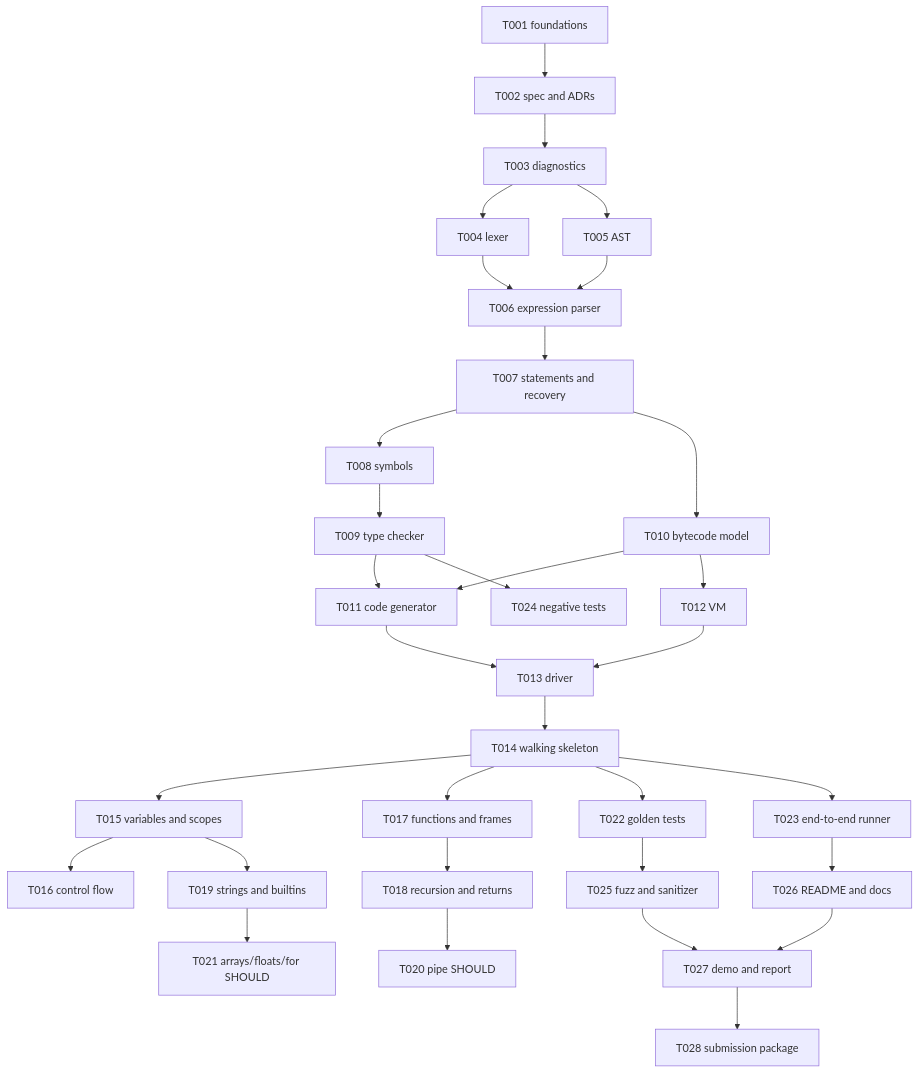
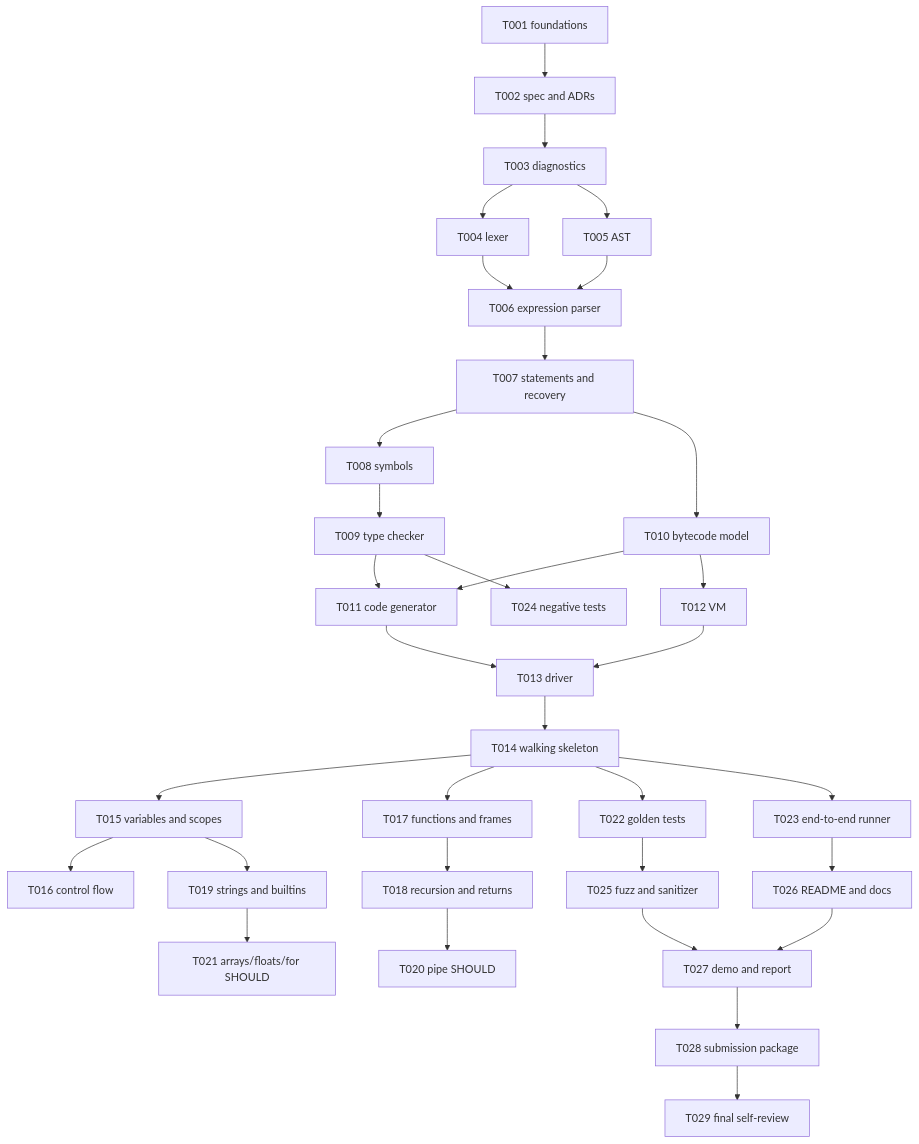
Before and after one commit to f4zzie/CompilerLanguage: the diagram in docs/milestones.md, drawn with Mermaid. The commit also changed 16 other files, not shown here.

Commit message:
docs: complete final self-review

````diff
--- a/docs/milestones.md
+++ b/docs/milestones.md
@@ -22,34 +22,35 @@
 ```mermaid
 graph TD
   T001[T001 foundations] --> T002[T002 spec and ADRs]
   T002 --> T003[T003 diagnostics]
   T003 --> T004[T004 lexer]
   T003 --> T005[T005 AST]
   T004 --> T006[T006 expression parser]
   T005 --> T006
   T006 --> T007[T007 statements and recovery]
   T007 --> T008[T008 symbols]
   T008 --> T009[T009 type checker]
   T007 --> T010[T010 bytecode model]
   T009 --> T011[T011 code generator]
   T010 --> T011
   T010 --> T012[T012 VM]
   T011 --> T013[T013 driver]
   T012 --> T013
   T013 --> T014[T014 walking skeleton]
   T014 --> T015[T015 variables and scopes]
   T015 --> T016[T016 control flow]
   T014 --> T017[T017 functions and frames]
   T017 --> T018[T018 recursion and returns]
   T015 --> T019[T019 strings and builtins]
   T018 --> T020[T020 pipe SHOULD]
   T019 --> T021[T021 arrays/floats/for SHOULD]
   T014 --> T022[T022 golden tests]
   T014 --> T023[T023 end-to-end runner]
   T009 --> T024[T024 negative tests]
   T022 --> T025[T025 fuzz and sanitizer]
   T023 --> T026[T026 README and docs]
   T025 --> T027[T027 demo and report]
   T026 --> T027
-  T027 --> T028[T028 submission package]
+   T027 --> T028[T028 submission package]
+   T028 --> T029[T029 final self-review]
 ```
````
